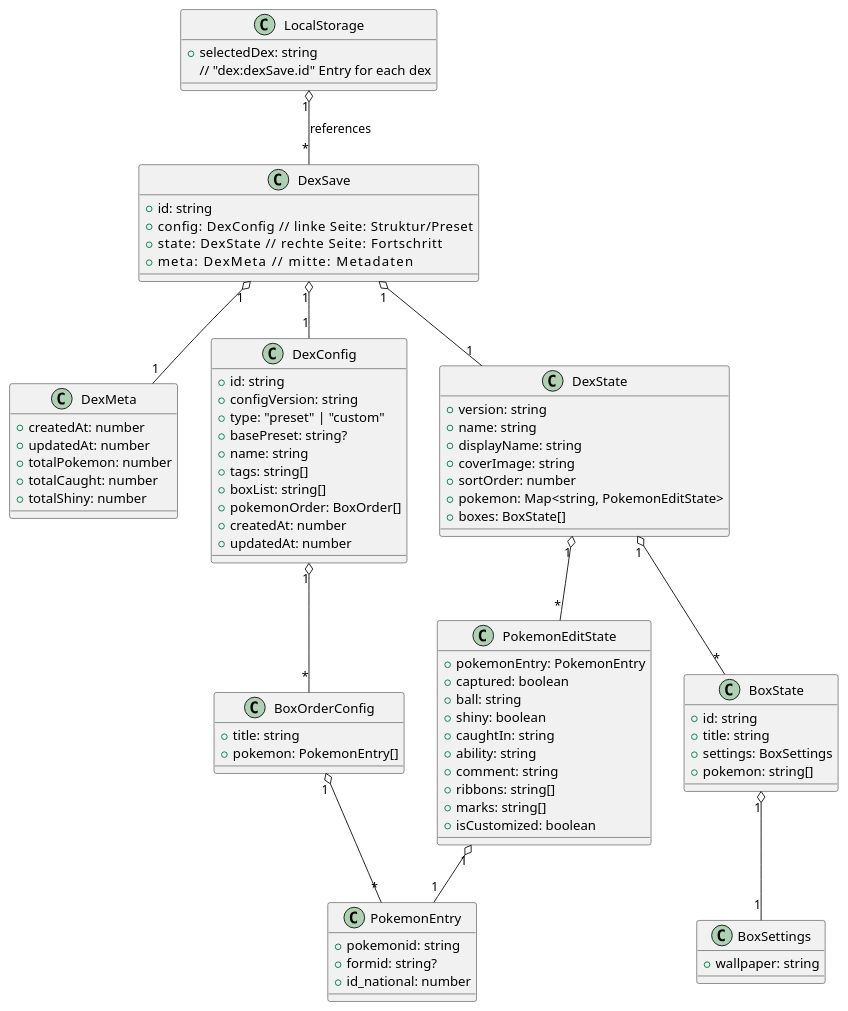
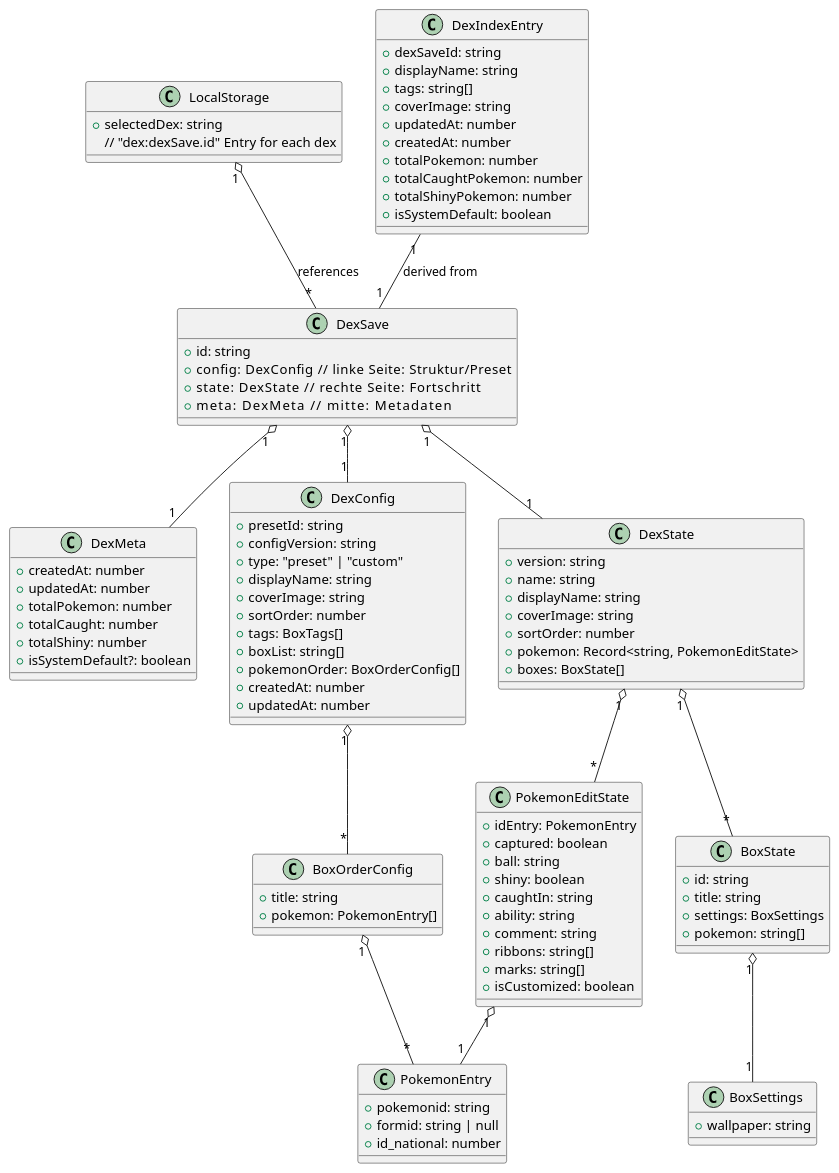
The diagram in docs/data-model.puml (777555777/pk-box-manager), drawn with PlantUML before and after one commit. The commit also changed 13 other files, not shown here.

```diff
--- a/docs/data-model.puml
+++ b/docs/data-model.puml
@@ -1,96 +1,112 @@
 @startuml
 class LocalStorage {
   +selectedDex: string
   // "dex:dexSave.id" Entry for each dex
 }
 
 class DexSave {
   +id: string
   +config: DexConfig        // linke Seite: Struktur/Preset
   +state: DexState          // rechte Seite: Fortschritt
   +meta: DexMeta            // mitte: Metadaten 
 }
 
 ' ---- Mitte: Metadaten ----
 
 class DexMeta {
   +createdAt: number
 	+updatedAt: number
 	+totalPokemon: number
 	+totalCaught: number
 	+totalShiny: number
+	+isSystemDefault?: boolean
 }
 
+' ---- Index Entry für UI Listen ----
+class DexIndexEntry {
+  +dexSaveId: string
+  +displayName: string
+  +tags: string[]
+  +coverImage: string
+  +updatedAt: number
+  +createdAt: number
+  +totalPokemon: number
+  +totalCaughtPokemon: number
+  +totalShinyPokemon: number
+  +isSystemDefault: boolean
+}
 
 ' ---- Linke Seite: Struktur des Pokedex ----
 class DexConfig {
-  +id: string
+  +presetId: string
   +configVersion: string
   +type: "preset" | "custom"
-  +basePreset: string?
-  +name: string
-  +tags: string[]
+  +displayName: string
+  +coverImage: string
+  +sortOrder: number
+  +tags: BoxTags[]
   +boxList: string[]
-  +pokemonOrder: BoxOrder[]
+  +pokemonOrder: BoxOrderConfig[]
   +createdAt: number
   +updatedAt: number
 }
 
 class BoxOrderConfig {
   +title: string
   +pokemon: PokemonEntry[]
 }
 
 class PokemonEntry {
   +pokemonid: string
-  +formid: string?
+  +formid: string | null
   +id_national: number
 }
 
 ' ---- Rechte Seite: User State ----
 class DexState {
   +version: string
   +name: string
   +displayName: string
   +coverImage: string
   +sortOrder: number
-  +pokemon: Map<string, PokemonEditState>
+  +pokemon: Record<string, PokemonEditState>
   +boxes: BoxState[]
 }
 
 class PokemonEditState {
-  +pokemonEntry: PokemonEntry
+  +idEntry: PokemonEntry
   +captured: boolean
   +ball: string
   +shiny: boolean
   +caughtIn: string
   +ability: string
   +comment: string
   +ribbons: string[]
   +marks: string[]
   +isCustomized: boolean
 }
 
 class BoxState {
   +id: string
   +title: string
   +settings: BoxSettings
   +pokemon: string[]
 }
 
 class BoxSettings {
   +wallpaper: string
 }
 
 ' ---- Beziehungen ----
 LocalStorage "1" o-- "*" DexSave : references
 DexSave "1" o-- "1" DexConfig
 DexSave "1" o-- "1" DexMeta
 DexSave "1" o-- "1" DexState
+DexIndexEntry "1" -- "1" DexSave : derived from
 DexConfig "1" o-- "*" BoxOrderConfig
 BoxOrderConfig "1" o-- "*" PokemonEntry
 DexState "1" o-- "*" PokemonEditState
 DexState "1" o-- "*" BoxState
 BoxState "1" o-- "1" BoxSettings
 PokemonEditState "1" o-- "1" PokemonEntry
 @enduml
```
